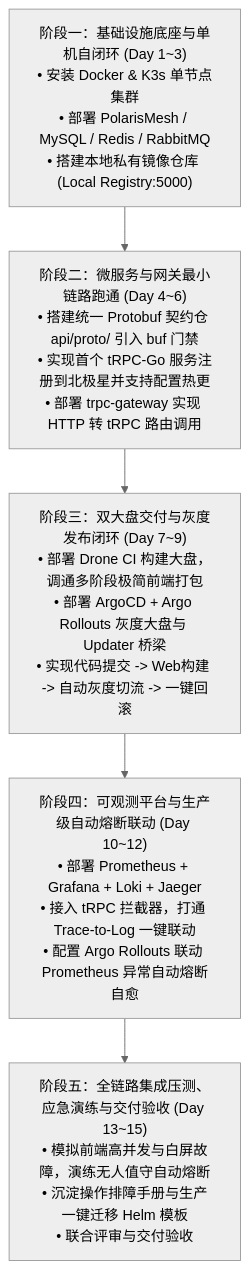
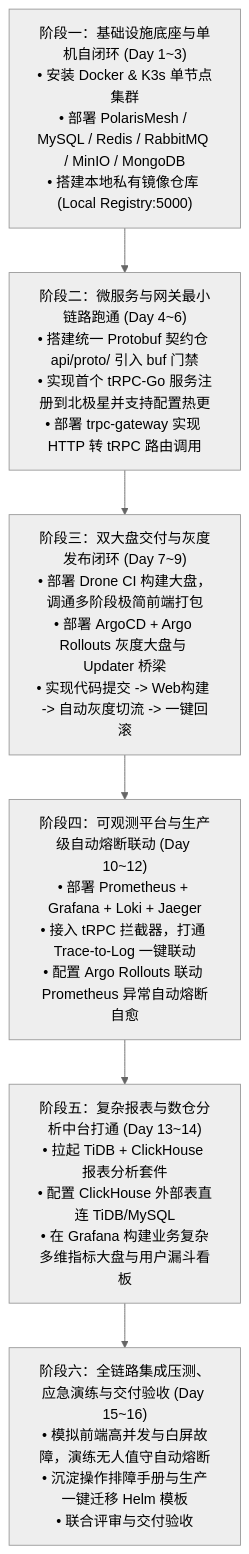
Before and after one commit to FrontTechLeo/trpc-deploy-experiment: the second of 2 diagrams in docs/final_execution_plan_trpc_microservices.md, drawn with Mermaid (neutral theme). The commit also changed other lines of this file and 6 other files, not shown here.

Commit message:
feat: integrate MinIO & MongoDB into infra, add ClickHouse analytics compose, and add Doris vs ClickHouse evaluation

````diff
--- a/docs/final_execution_plan_trpc_microservices.md
+++ b/docs/final_execution_plan_trpc_microservices.md
@@ -145,10 +151,11 @@
-```mermaid title="微服务治理体系五阶段落地执行路线图"
+```mermaid title="微服务治理与数据中台体系六阶段落地路线图"
 flowchart TD
-    P1["阶段一：基础设施底座与单机自闭环 (Day 1~3)\n• 安装 Docker & K3s 单节点集群\n• 部署 PolarisMesh / MySQL / Redis / RabbitMQ\n• 搭建本地私有镜像仓库 (Local Registry:5000)"]
+    P1["阶段一：基础设施底座与单机自闭环 (Day 1~3)\n• 安装 Docker & K3s 单节点集群\n• 部署 PolarisMesh / MySQL / Redis / RabbitMQ / MinIO / MongoDB\n• 搭建本地私有镜像仓库 (Local Registry:5000)"]
     P2["阶段二：微服务与网关最小链路跑通 (Day 4~6)\n• 搭建统一 Protobuf 契约仓 api/proto/ 引入 buf 门禁\n• 实现首个 tRPC-Go 服务注册到北极星并支持配置热更\n• 部署 trpc-gateway 实现 HTTP 转 tRPC 路由调用"]
     P3["阶段三：双大盘交付与灰度发布闭环 (Day 7~9)\n• 部署 Drone CI 构建大盘，调通多阶段极简前端打包\n• 部署 ArgoCD + Argo Rollouts 灰度大盘与 Updater 桥梁\n• 实现代码提交 -> Web构建 -> 自动灰度切流 -> 一键回滚"]
     P4["阶段四：可观测平台与生产级自动熔断联动 (Day 10~12)\n• 部署 Prometheus + Grafana + Loki + Jaeger\n• 接入 tRPC 拦截器，打通 Trace-to-Log 一键联动\n• 配置 Argo Rollouts 联动 Prometheus 异常自动熔断自愈"]
-    P5["阶段五：全链路集成压测、应急演练与交付验收 (Day 13~15)\n• 模拟前端高并发与白屏故障，演练无人值守自动熔断\n• 沉淀操作排障手册与生产一键迁移 Helm 模板\n• 联合评审与交付验收"]
+    P5["阶段五：复杂报表与数仓分析中台打通 (Day 13~14)\n• 拉起 TiDB + ClickHouse 报表分析套件\n• 配置 ClickHouse 外部表直连 TiDB/MySQL\n• 在 Grafana 构建业务复杂多维指标大盘与用户漏斗看板"]
+    P6["阶段六：全链路集成压测、应急演练与交付验收 (Day 15~16)\n• 模拟前端高并发与白屏故障，演练无人值守自动熔断\n• 沉淀操作排障手册与生产一键迁移 Helm 模板\n• 联合评审与交付验收"]
 
-    P1 --> P2 --> P3 --> P4 --> P5
+    P1 --> P2 --> P3 --> P4 --> P5 --> P6
 ```
````
